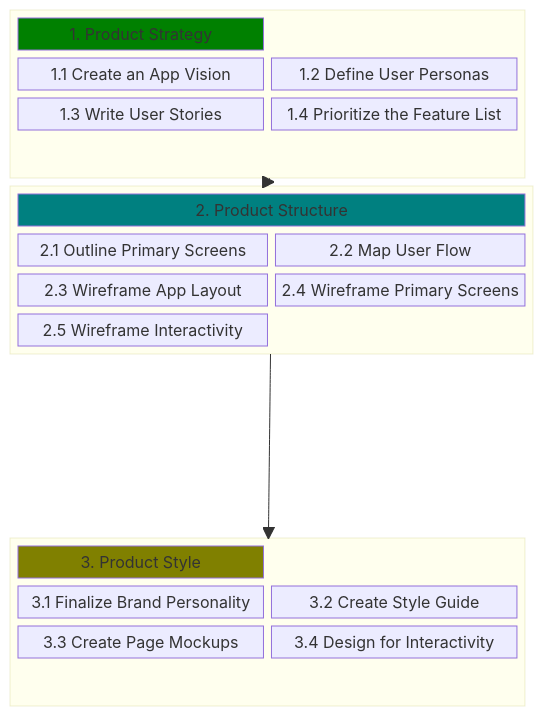
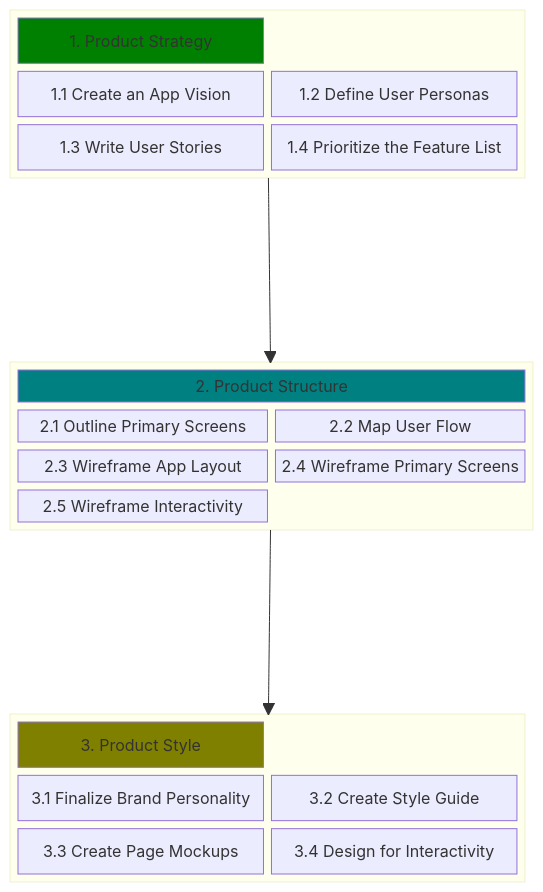
One commit to chingu-voyages/Handbook changed the diagram in docs/resources/techresources/uiux.md. Above: the diagram before and after it, drawn with Mermaid.

Commit message:
Feature: Add UI/UX workflow process template

````diff
--- a/docs/resources/techresources/uiux.md
+++ b/docs/resources/techresources/uiux.md
@@ -15,38 +15,37 @@
 ```mermaid
 block-beta
 columns 1
   block:STRATEGY
     columns 2
     A["1. Product Strategy"]:2
     B["1.1 Create an App Vision"]
     C["1.2 Define User Personas"]
     D["1.3 Write User Stories"]
     E["1.4 Prioritize the Feature List"]
-    space
   end
+  space
   block:STRUCTURE
     columns 2
     G["2. Product Structure"]:2
     H["2.1 Outline Primary Screens"]
     I["2.2 Map User Flow"]
     J["2.3 Wireframe App Layout"]
     K["2.4 Wireframe Primary Screens"]
     L["2.5 Wireframe Interactivity"]
   end
   space
   block:STYLE
     columns 2
     M["3. Product Style"]:2
     N["3.1 Finalize Brand Personality"]
     O["3.2 Create Style Guide"]
     P["3.3 Create Page Mockups"]
     Q["3.4 Design for Interactivity"]
-    space
   end
   space
   STRATEGY --> STRUCTURE
   STRUCTURE --> STYLE
   style A fill:#008000
   style G fill:#008080
   style M fill:#808000
 ```
````
